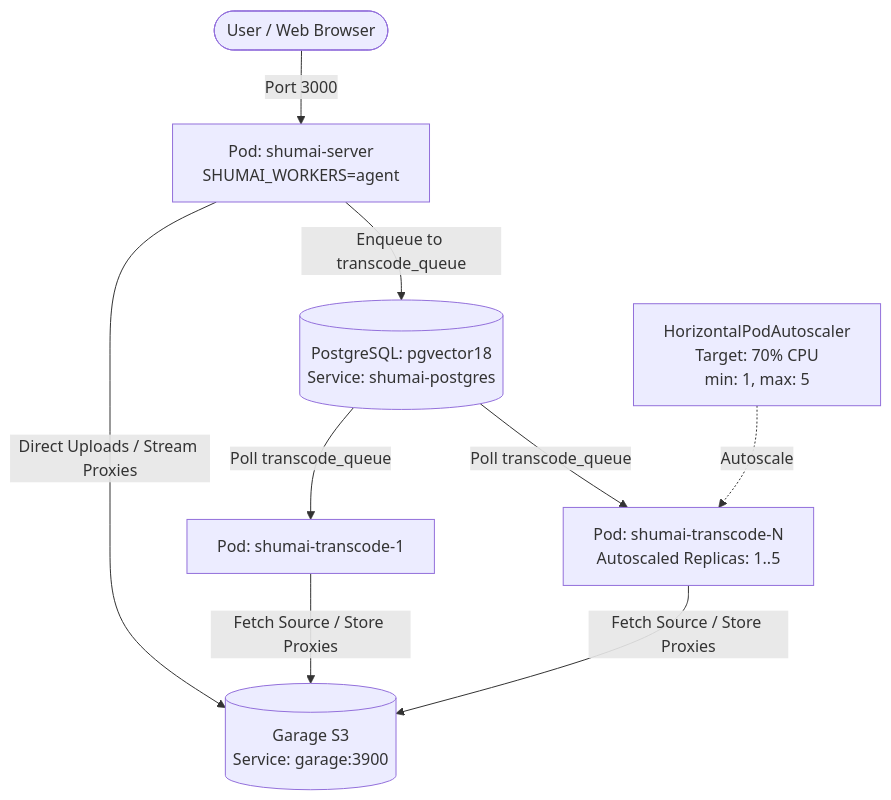
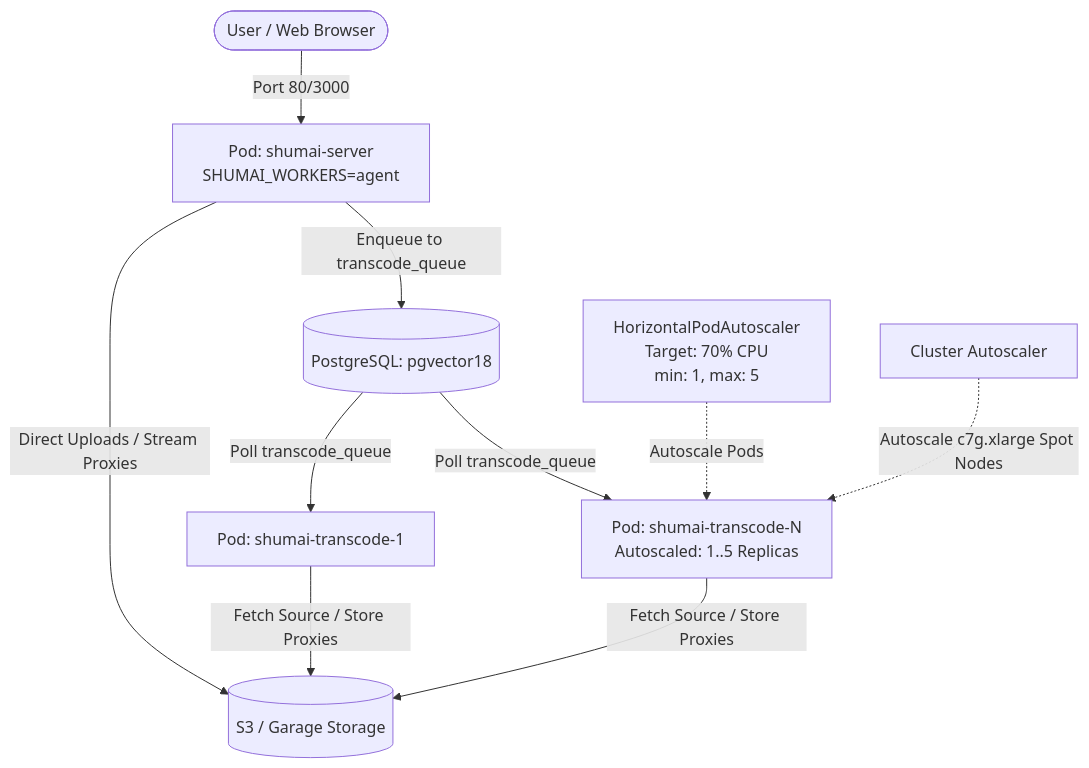
The second of 2 diagrams in docs/configuration/distributed.mdx (shumaiOne/shumai), drawn with Mermaid before and after one commit. The commit also changed other lines of this file and 14 other files, not shown here.

````diff
--- a/docs/configuration/distributed.mdx
+++ b/docs/configuration/distributed.mdx
@@ -139,13 +137,14 @@
 ```mermaid
 graph TD
-    User([User / Web Browser]) -->|Port 3000| Server[Pod: shumai-server<br/>SHUMAI_WORKERS=agent]
-    Server -->|Enqueue to transcode_queue| DB[(PostgreSQL: pgvector18<br/>Service: shumai-postgres)]
-    Server -->|Direct Uploads / Stream Proxies| Storage[(Garage S3<br/>Service: garage:3900)]
+    User([User / Web Browser]) -->|Port 80/3000| Server[Pod: shumai-server<br/>SHUMAI_WORKERS=agent]
+    Server -->|Enqueue to transcode_queue| DB[(PostgreSQL: pgvector18)]
+    Server -->|Direct Uploads / Stream Proxies| Storage[(S3 / Garage Storage)]
 
     DB -->|Poll transcode_queue| Worker1[Pod: shumai-transcode-1]
-    DB -->|Poll transcode_queue| WorkerN[Pod: shumai-transcode-N<br/>Autoscaled Replicas: 1..5]
+    DB -->|Poll transcode_queue| WorkerN[Pod: shumai-transcode-N<br/>Autoscaled: 1..5 Replicas]
     Worker1 -->|Fetch Source / Store Proxies| Storage
     WorkerN -->|Fetch Source / Store Proxies| Storage
 
-    HPA[HorizontalPodAutoscaler<br/>Target: 70% CPU<br/>min: 1, max: 5] -.->|Autoscale| WorkerN
+    HPA[HorizontalPodAutoscaler<br/>Target: 70% CPU<br/>min: 1, max: 5] -.->|Autoscale Pods| WorkerN
+    CA[Cluster Autoscaler] -.->|Autoscale c7g.xlarge Spot Nodes| WorkerN
 ```
````
